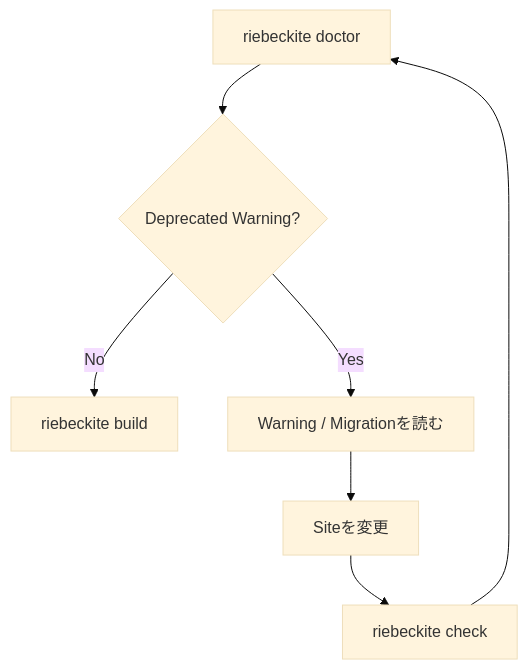
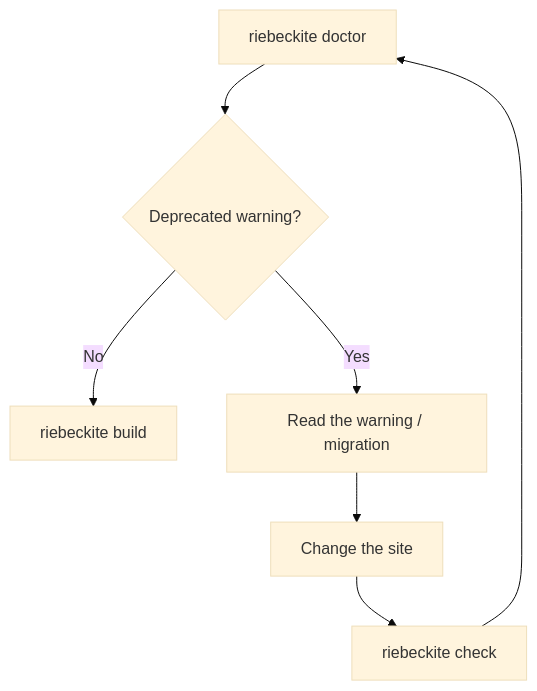
One commit to Rerurate514/riebeckite changed the second of 4 diagrams in docs/docs/guides/upgrading.md. Above: the diagram before and after it, drawn with Mermaid (base theme). The commit also changed other lines of this file and 604 other files, not shown here.

````diff
--- a/docs/docs/guides/upgrading.md
+++ b/docs/docs/guides/upgrading.md
@@ -177,14 +163,14 @@
 ```mermaid
 flowchart TD
     Doctor["riebeckite doctor"]
-    Warning{"Deprecated Warning?"}
+    Warning{"Deprecated warning?"}
 
     Doctor --> Warning
 
     Warning -->|"No"| Build["riebeckite build"]
-    Warning -->|"Yes"| Read["Warning / Migrationを読む"]
+    Warning -->|"Yes"| Read["Read the warning / migration"]
 
-    Read --> Change["Siteを変更"]
+    Read --> Change["Change the site"]
     Change --> Check["riebeckite check"]
     Check --> Doctor
 ```
````
